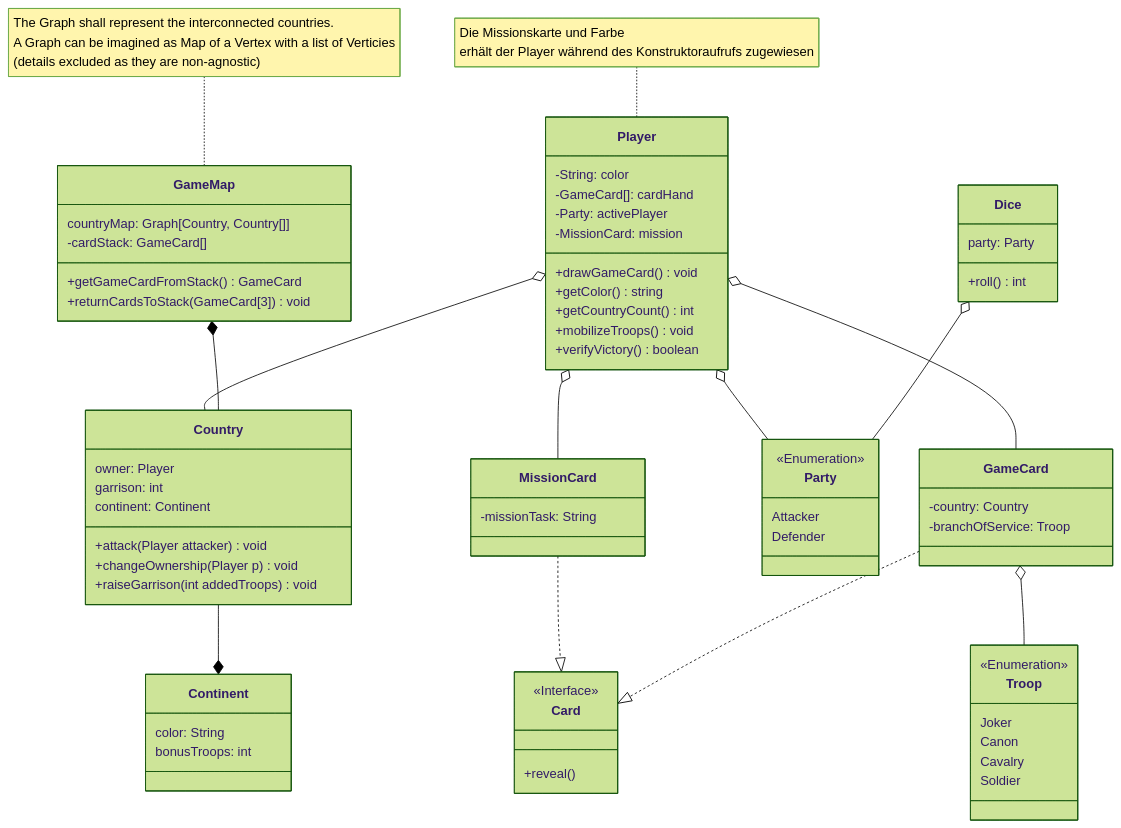
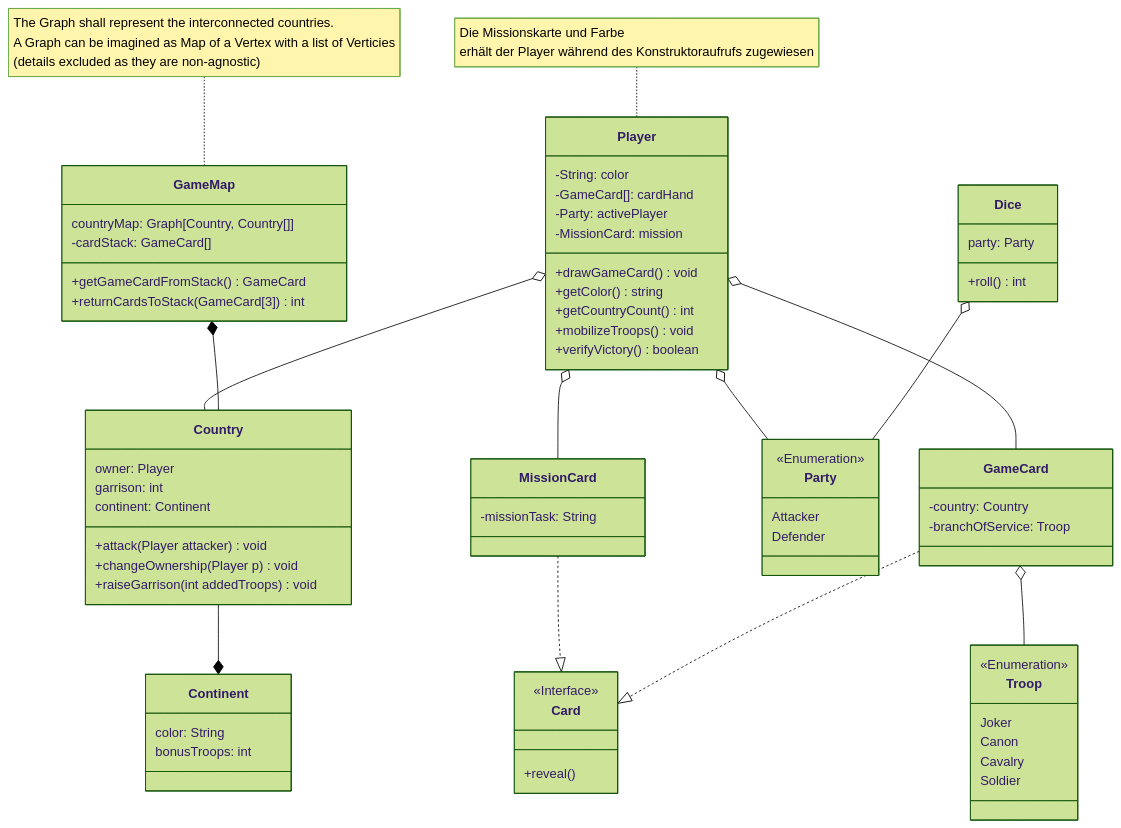
One commit to Raqhael/risiko-engineering changed the diagram in CLASSDIAGRAM.md. Above: the diagram before and after it, drawn with Mermaid (forest theme).

Commit message:
specify returnCardsToStack function return type

```diff
--- a/CLASSDIAGRAM.md
+++ b/CLASSDIAGRAM.md
@@ -57,7 +57,8 @@
         -cardStack: GameCard[]
 
         +getGameCardFromStack() GameCard
-        +returnCardsToStack(GameCard[3]) void
+        %% Returns the number of granted troops through the deal in of the cards. Returns 0 if the handed in Cards won't grant any troops.
+        +returnCardsToStack(GameCard[3]) int
     }
 
     class Country{
```
